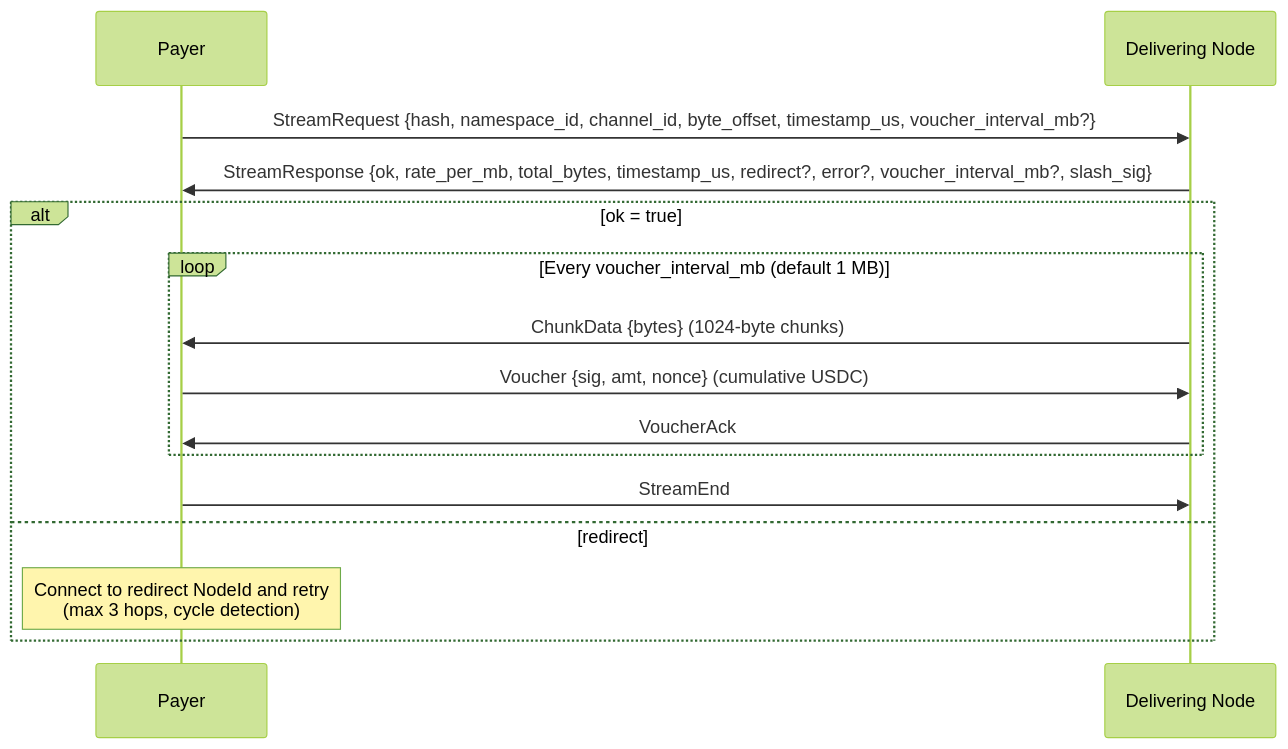
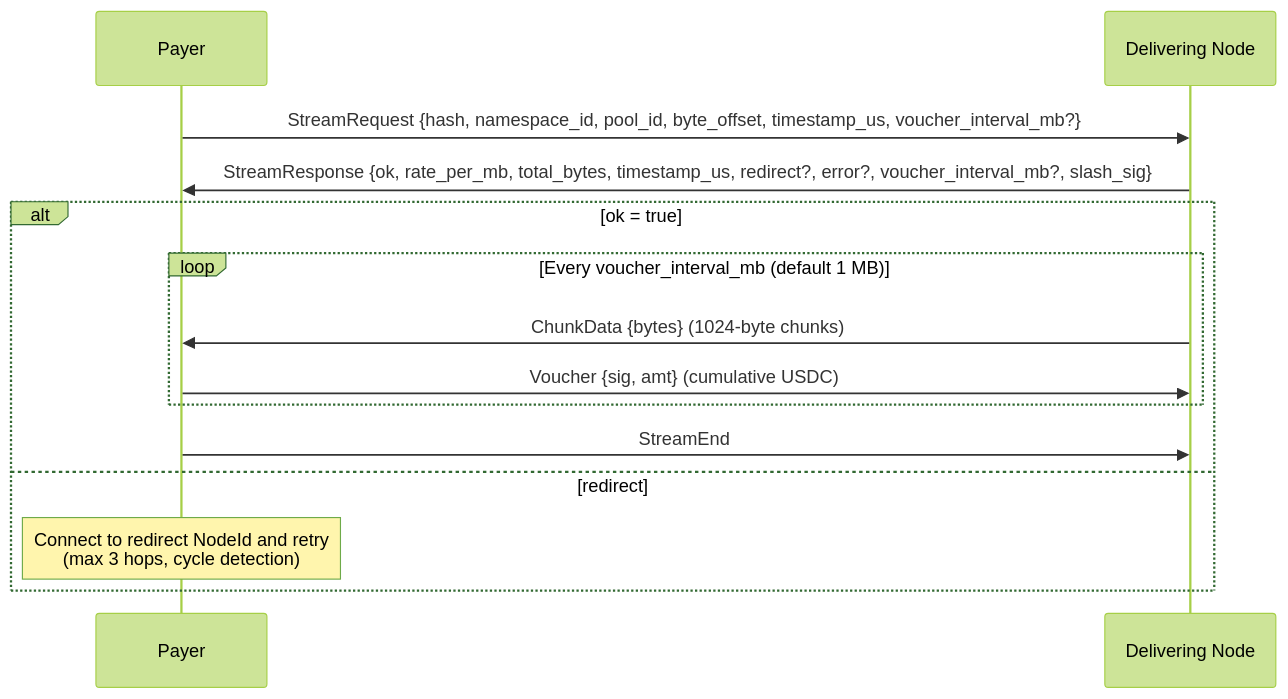
The second of 3 diagrams in adr/005-protocol.md (decdn/decdn), drawn with Mermaid (forest theme) before and after one commit. The commit also changed other lines of this file and 29 other files, not shown here.

````diff
--- a/adr/005-protocol.md
+++ b/adr/005-protocol.md
@@ -113,19 +113,18 @@
 ```mermaid
 sequenceDiagram
     participant P as Payer
     participant D as Delivering Node
 
-    P->>D: StreamRequest {hash, namespace_id, channel_id, byte_offset, timestamp_us, voucher_interval_mb?}
+    P->>D: StreamRequest {hash, namespace_id, pool_id, byte_offset, timestamp_us, voucher_interval_mb?}
     D->>P: StreamResponse {ok, rate_per_mb, total_bytes, timestamp_us, redirect?, error?, voucher_interval_mb?, slash_sig}
 
     alt ok = true
         loop Every voucher_interval_mb (default 1 MB)
             D->>P: ChunkData {bytes} (1024-byte chunks)
-            P->>D: Voucher {sig, amt, nonce} (cumulative USDC)
-            D->>P: VoucherAck
+            P->>D: Voucher {sig, amt} (cumulative USDC)
         end
         P->>D: StreamEnd
     else redirect
         Note over P: Connect to redirect NodeId and retry<br/>(max 3 hops, cycle detection)
     end
 ```
````
